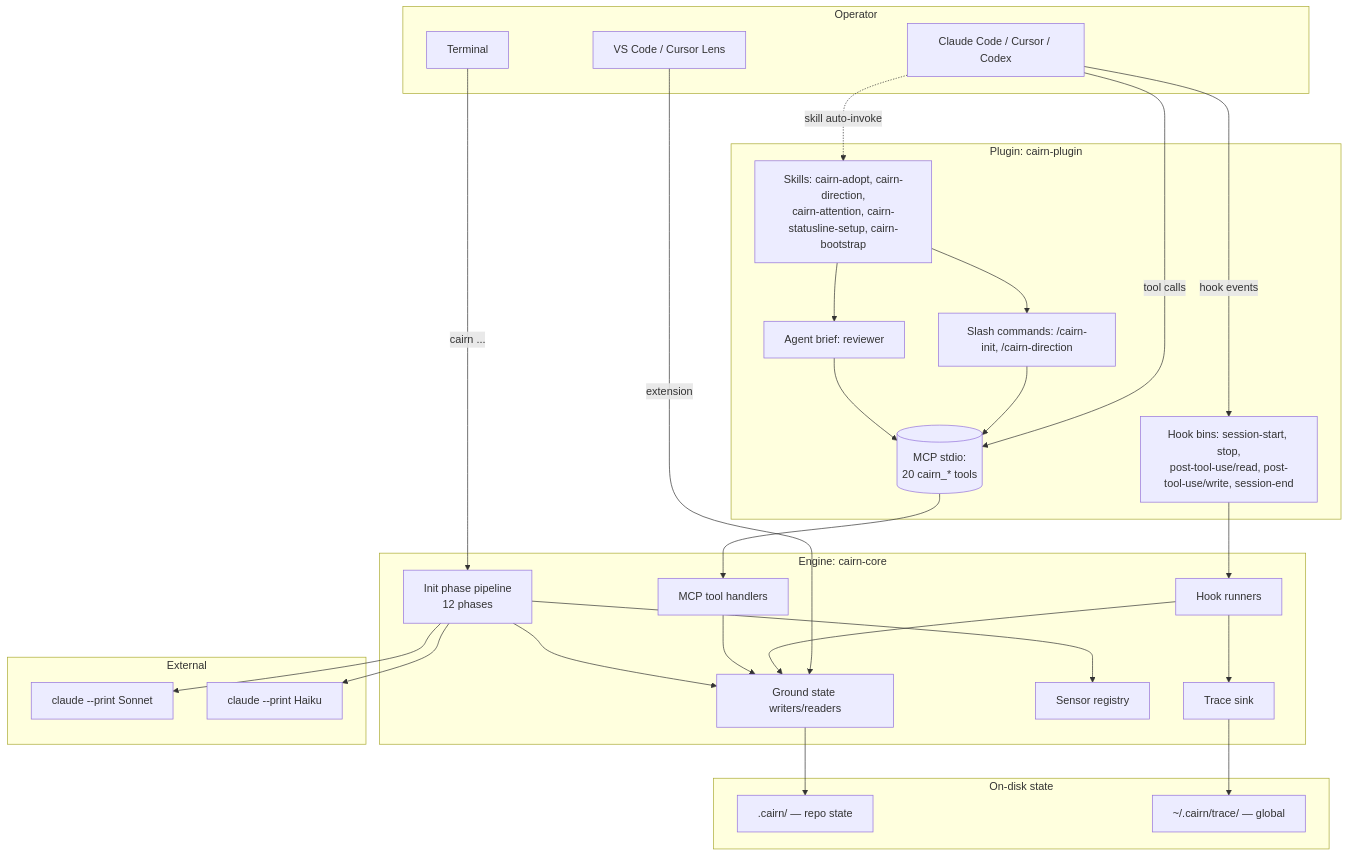
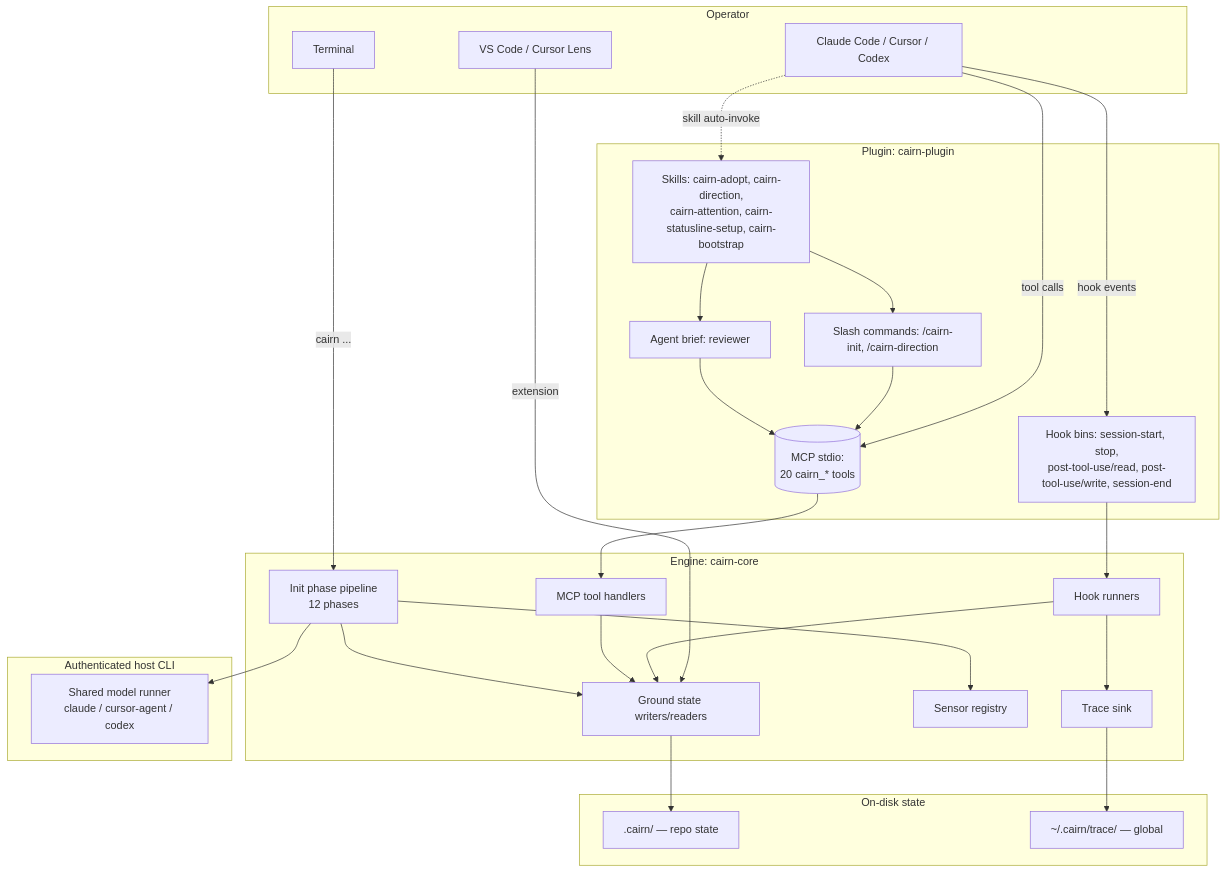
One commit to isaacriehm/cairn changed the first of 3 diagrams in docs/SYSTEM_OVERVIEW.md. Above: the diagram before and after it, drawn with Mermaid. The commit also changed other lines of this file and 141 other files, not shown here.

Commit message:
fix: make model backend native across agent hosts

````diff
--- a/docs/SYSTEM_OVERVIEW.md
+++ b/docs/SYSTEM_OVERVIEW.md
@@ -36,56 +36,54 @@
 ```mermaid
 graph TB
   subgraph Operator
     Agent[Claude Code / Cursor / Codex]
     Editor[VS Code / Cursor Lens]
     Term[Terminal]
   end
 
   subgraph "Plugin: cairn-plugin"
     Skills[Skills: cairn-adopt, cairn-direction,<br/>cairn-attention, cairn-statusline-setup, cairn-bootstrap]
     Cmds[Slash commands: /cairn-init, /cairn-direction]
     Reviewer[Agent brief: reviewer]
     HookBins[Hook bins: session-start, stop,<br/>post-tool-use/read, post-tool-use/write, session-end]
     MCP[(MCP stdio:<br/>20 cairn_* tools)]
   end
 
   subgraph "Engine: cairn-core"
     Runners[Hook runners]
     Tools[MCP tool handlers]
     Init[Init phase pipeline<br/>12 phases]
     Ground[Ground state writers/readers]
     Sensors[Sensor registry]
     Trace[Trace sink]
   end
 
   subgraph "On-disk state"
     Cairn[".cairn/ — repo state"]
     Local["~/.cairn/trace/ — global"]
   end
 
-  subgraph "External"
-    Sonnet[claude --print Sonnet]
-    Haiku[claude --print Haiku]
+  subgraph "Authenticated host CLI"
+    ModelRunner[Shared model runner<br/>claude / cursor-agent / codex]
   end
 
   Agent -->|hook events| HookBins
   Agent -->|tool calls| MCP
   Agent -.skill auto-invoke.-> Skills
   Term -->|cairn ...| Init
   Editor -->|extension| Ground
   Skills --> Cmds
   Skills --> Reviewer
   HookBins --> Runners
   MCP --> Tools
   Cmds --> MCP
   Reviewer --> MCP
   Runners --> Ground
   Runners --> Trace
   Tools --> Ground
   Init --> Ground
   Init --> Sensors
-  Init --> Sonnet
-  Init --> Haiku
+  Init --> ModelRunner
   Ground --> Cairn
   Trace --> Local
 ```
````
